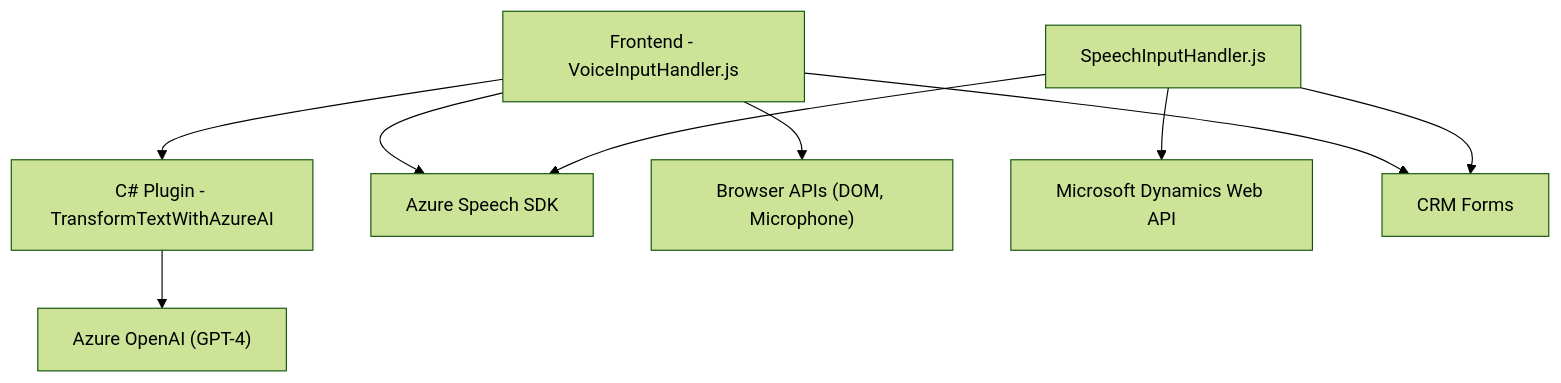
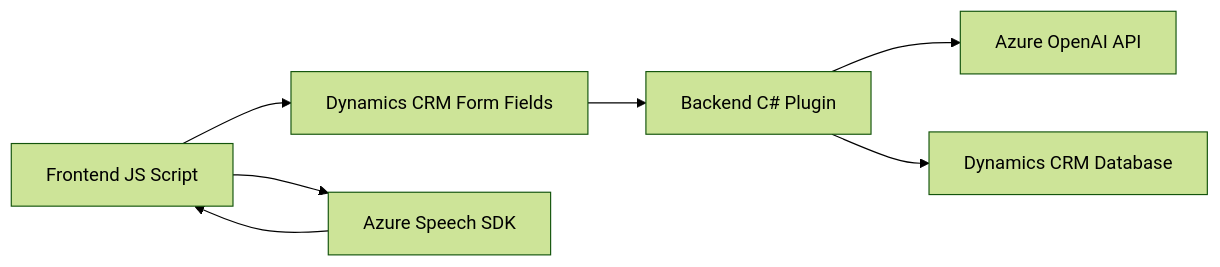
The diagram in README.md (blopezdm/NETCORE_BILBAO2025), drawn with Mermaid (forest theme) before and after one commit. The commit also changed other lines of this file, not shown here.

````diff
--- a/README.md
+++ b/README.md
@@ -41,22 +33,16 @@
 ```mermaid
-graph TD
-  A["Frontend - VoiceInputHandler.js"]
-  B["SpeechInputHandler.js"]
-  C["C# Plugin - TransformTextWithAzureAI"]
-  D["Azure OpenAI (GPT-4)"]
-  E["Azure Speech SDK"]
-  F["Browser APIs (DOM, Microphone)"]
-  G["Microsoft Dynamics Web API"]
-  H["CRM Forms"]
+graph LR
+  A["Frontend JS Script"]
+  B["Dynamics CRM Form Fields"]
+  C["Azure Speech SDK"]
+  D["Backend C# Plugin"]
+  E["Azure OpenAI API"]
+  F["Dynamics CRM Database"]
 
-  A --> E
-  A --> F
-  A --> H
-  
-  B --> E
-  B --> G
-  B --> H
-
-  A --> C
-  C --> D
+  A-->B
+  A-->C
+  B-->D
+  D-->E
+  D-->F
+  C-->A
 ```
````
